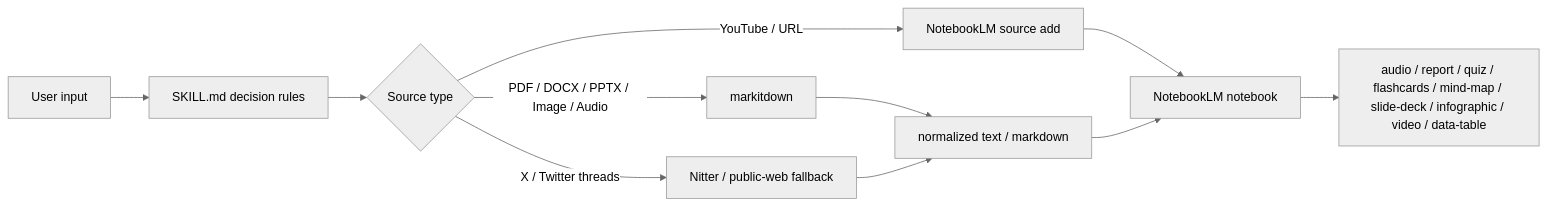
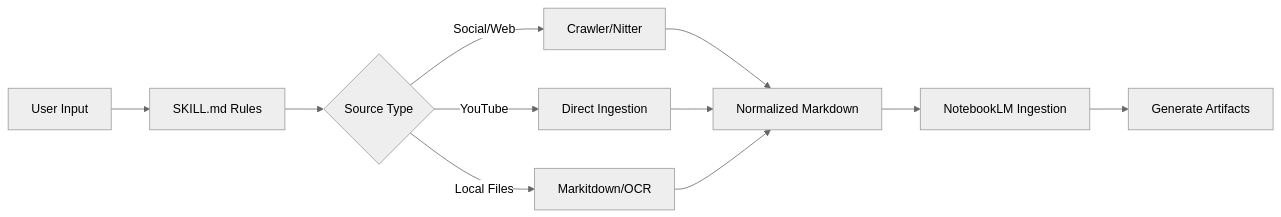
One commit to tbdavid2019/anything-to-notebooklm changed the first of 2 diagrams in README.md. Above: the diagram before and after it, drawn with Mermaid (neutral theme). The commit also changed other lines of this file and 1 other file, not shown here.

Commit message:
docs: refactor README and SKILL for agent-first execution logic

````diff
--- a/README.md
+++ b/README.md
@@ -196,13 +78,11 @@
 ```mermaid
 flowchart LR
-    A[User input] --> B[SKILL.md decision rules]
-    B --> C{Source type}
-    C -->|X / Twitter threads| D[Nitter / public-web fallback]
-    C -->|YouTube / URL| E[NotebookLM source add]
-    C -->|PDF / DOCX / PPTX / Image / Audio| F[markitdown]
-    F --> G[normalized text / markdown]
-    D --> G
-    E --> H[NotebookLM notebook]
-    G --> H
-    H --> I[audio / report / quiz / flashcards / mind-map / slide-deck / infographic / video / data-table]
+    A[User Input] --> B[SKILL.md Rules]
+    B --> C{Source Type}
+    C -->|Social/Web| D[Crawler/Nitter]
+    C -->|YouTube| E[Direct Ingestion]
+    C -->|Local Files| F[Markitdown/OCR]
+    D & E & F --> G[Normalized Markdown]
+    G --> H[NotebookLM Ingestion]
+    H --> I[Generate Artifacts]
 ```
````
